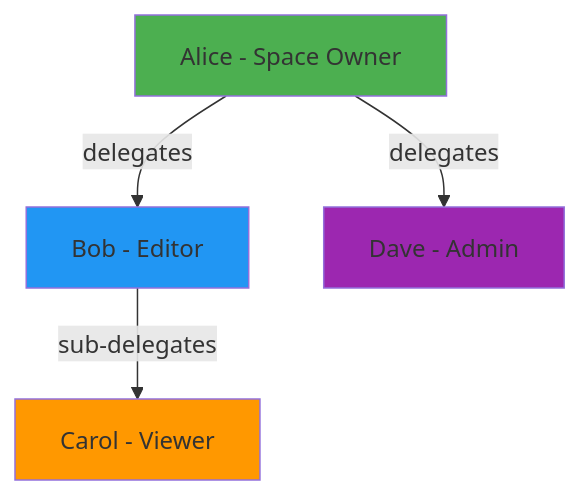
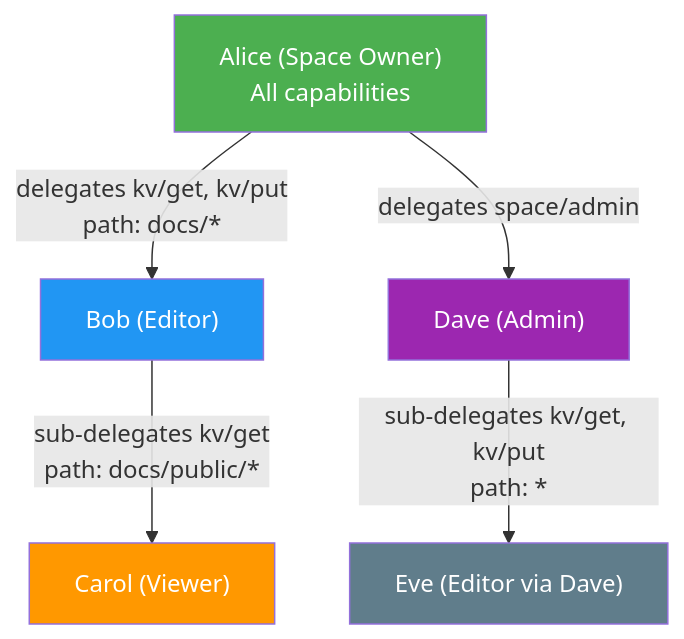
Before and after one commit to TinyCloudLabs/docs: the second of 3 diagrams in concepts/capabilities.mdx, drawn with Mermaid. The commit also changed other lines of this file and 16 other files, not shown here.

````diff
--- a/concepts/capabilities.mdx
+++ b/concepts/capabilities.mdx
@@ -87,11 +105,13 @@
 ```mermaid
 graph TD
-    A[Alice - Space Owner] -->|delegates| B[Bob - Editor]
-    B -->|sub-delegates| C[Carol - Viewer]
-    A -->|delegates| D[Dave - Admin]
+    A["Alice (Space Owner)<br/>All capabilities"] -->|"delegates kv/get, kv/put<br/>path: docs/*"| B["Bob (Editor)"]
+    A -->|"delegates space/admin"| D["Dave (Admin)"]
+    B -->|"sub-delegates kv/get<br/>path: docs/public/*"| C["Carol (Viewer)"]
+    D -->|"sub-delegates kv/get, kv/put<br/>path: *"| E["Eve (Editor via Dave)"]
 
-    style A fill:#4CAF50
-    style B fill:#2196F3
-    style C fill:#FF9800
-    style D fill:#9C27B0
+    style A fill:#4CAF50,color:#fff
+    style B fill:#2196F3,color:#fff
+    style C fill:#FF9800,color:#fff
+    style D fill:#9C27B0,color:#fff
+    style E fill:#607D8B,color:#fff
 ```
````
